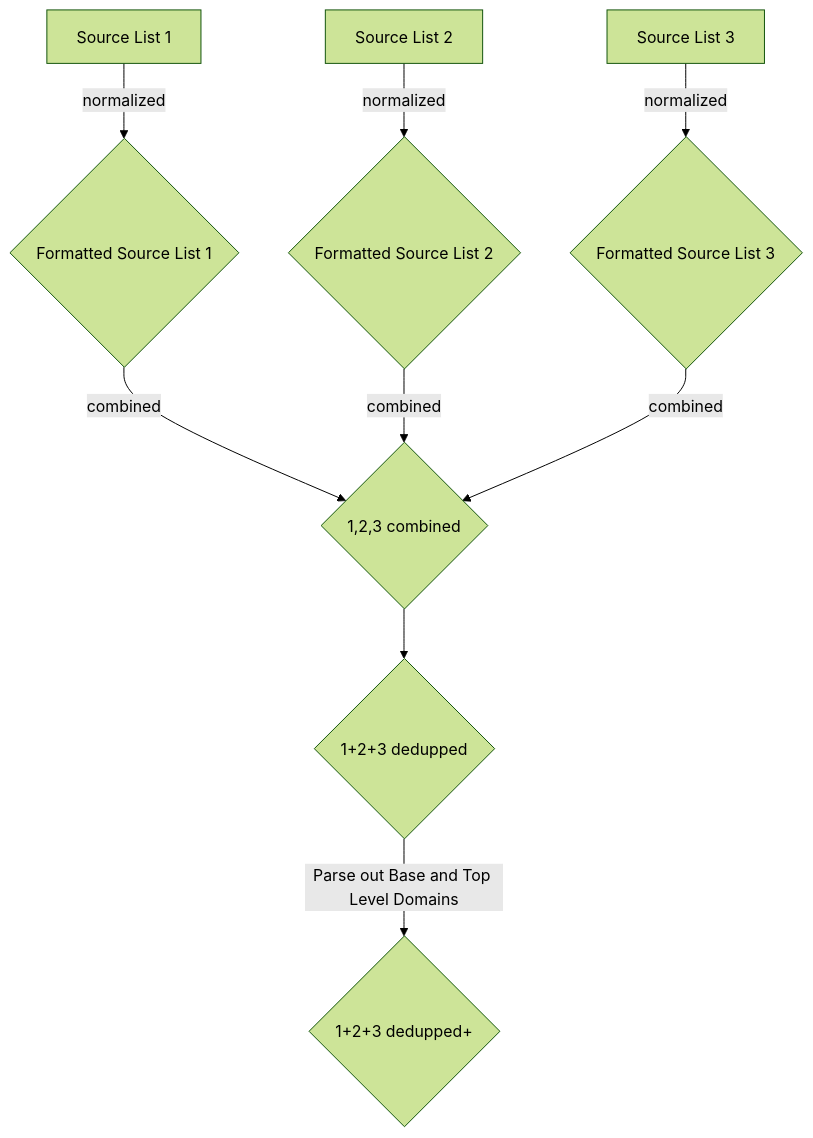
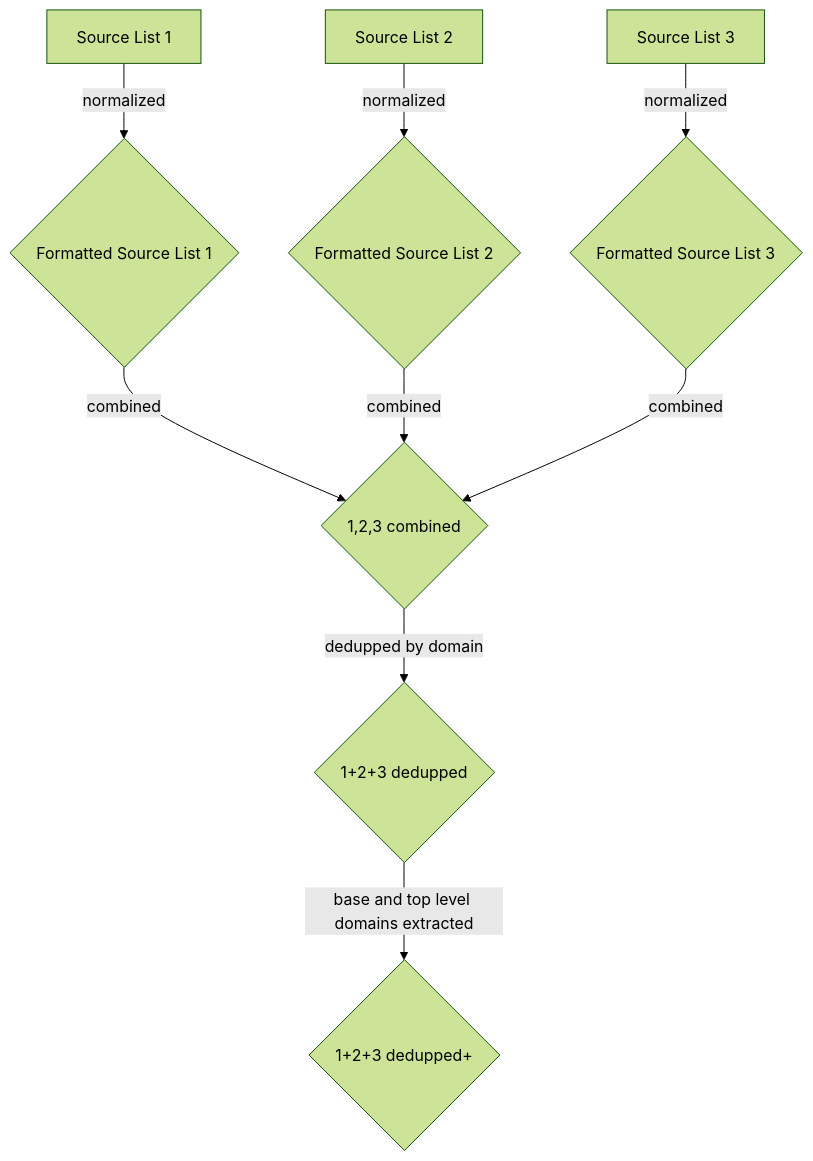
One commit to GSA/site-scanning-documentation changed the diagram in about/project-management/diagrams/index-creation.md. Above: the diagram before and after it, drawn with Mermaid (forest theme).

Commit message:
Update diagram labels for clarity

````diff
--- a/about/project-management/diagrams/index-creation.md
+++ b/about/project-management/diagrams/index-creation.md
@@ -3,11 +3,11 @@
 ```mermaid
 graph TD;
     A[Source List 1]-- normalized -->D{Formatted Source List 1};
     B[Source List 2]-- normalized -->E{Formatted Source List 2};
     C[Source List 3]-- normalized -->F{Formatted Source List 3};
     D-- combined -->G{1,2,3 combined};
     E-- combined -->G{1,2,3 combined};
     F-- combined -->G{1,2,3 combined};
-    G-->H{1+2+3 dedupped};
-    H-- Parse out Base and Top Level Domains --> I{1+2+3 dedupped+};
+    G-- dedupped by domain -->H{1+2+3 dedupped};
+    H-- base and top level domains extracted --> I{1+2+3 dedupped+};
 ```
````
